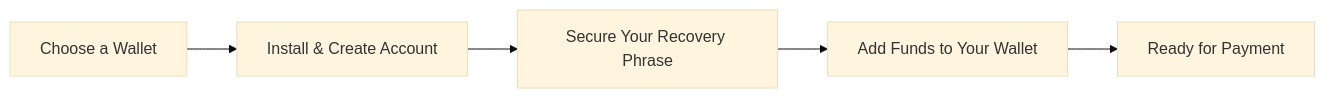
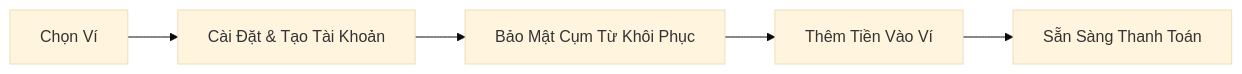
One commit to forwardemail/forwardemail.net changed the third of 3 diagrams in app/views/docs/crypto-payments-privacy-email-service/index-vi.md. Above: the diagram before and after it, drawn with Mermaid (base theme). The commit also changed other lines of this file and 1055 other files, not shown here.

````diff
--- a/app/views/docs/crypto-payments-privacy-email-service/index-vi.md
+++ b/app/views/docs/crypto-payments-privacy-email-service/index-vi.md
@@ -95,7 +100,7 @@
 ```mermaid
 flowchart LR
-    A[Choose a Wallet] --> B[Install & Create Account]
-    B --> C[Secure Your Recovery Phrase]
-    C --> D[Add Funds to Your Wallet]
-    D --> E[Ready for Payment]
+    A[Chọn Ví] --> B[Cài Đặt & Tạo Tài Khoản]
+    B --> C[Bảo Mật Cụm Từ Khôi Phục]
+    C --> D[Thêm Tiền Vào Ví]
+    D --> E[Sẵn Sàng Thanh Toán]
 ```
````
